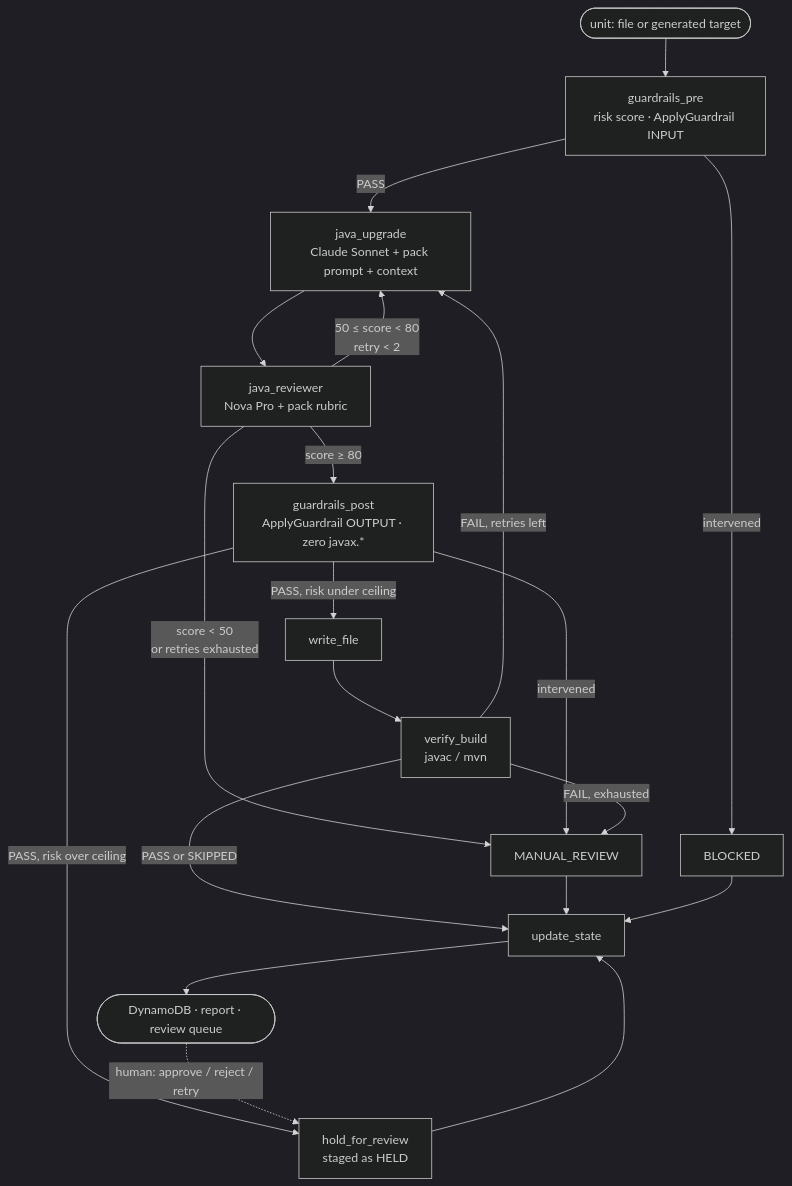
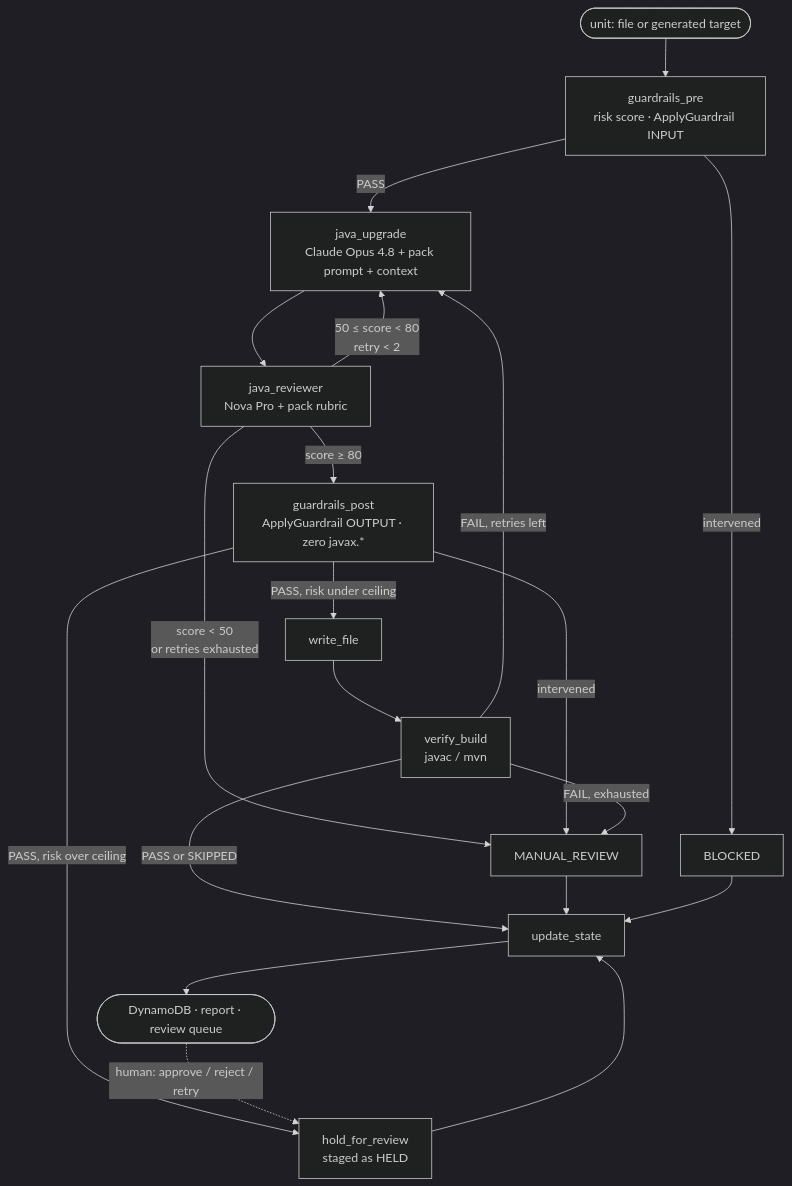
One commit to anche-raja/forge-platform changed the second of 2 diagrams in README.md. Above: the diagram before and after it, drawn with Mermaid (dark theme). The commit also changed other lines of this file and 11 other files, not shown here.

First line of the commit message:
Transform model is Claude Opus 4.8 (us.anthropic.claude-opus-4-8)

````diff
--- a/README.md
+++ b/README.md
@@ -65,22 +65,22 @@
 ```mermaid
 flowchart TD
     S(["unit: file or generated target"]) --> PRE[guardrails_pre<br/>risk score · ApplyGuardrail INPUT]
-    PRE -->|PASS| UPGRADE[java_upgrade<br/>Claude Sonnet + pack prompt + context]
+    PRE -->|PASS| UPGRADE[java_upgrade<br/>Claude Opus 4.8 + pack prompt + context]
     PRE -->|intervened| BLK[BLOCKED]
     UPGRADE --> REV[java_reviewer<br/>Nova Pro + pack rubric]
     REV -->|score ≥ 80| POST[guardrails_post<br/>ApplyGuardrail OUTPUT · zero javax.*]
     REV -->|50 ≤ score < 80<br/>retry < 2| UPGRADE
     REV -->|score < 50<br/>or retries exhausted| MQ[MANUAL_REVIEW]
     POST -->|PASS, risk under ceiling| WRITE[write_file]
     POST -->|PASS, risk over ceiling| HOLD[hold_for_review<br/>staged as HELD]
     POST -->|intervened| MQ
     WRITE --> VB[verify_build<br/>javac / mvn]
     VB -->|PASS or SKIPPED| UPD[update_state]
     VB -->|FAIL, retries left| UPGRADE
     VB -->|FAIL, exhausted| MQ
     HOLD --> UPD
     MQ --> UPD
     BLK --> UPD
     UPD --> E(["DynamoDB · report · review queue"])
     E -.->|human: approve / reject / retry| HOLD
 ```
````
